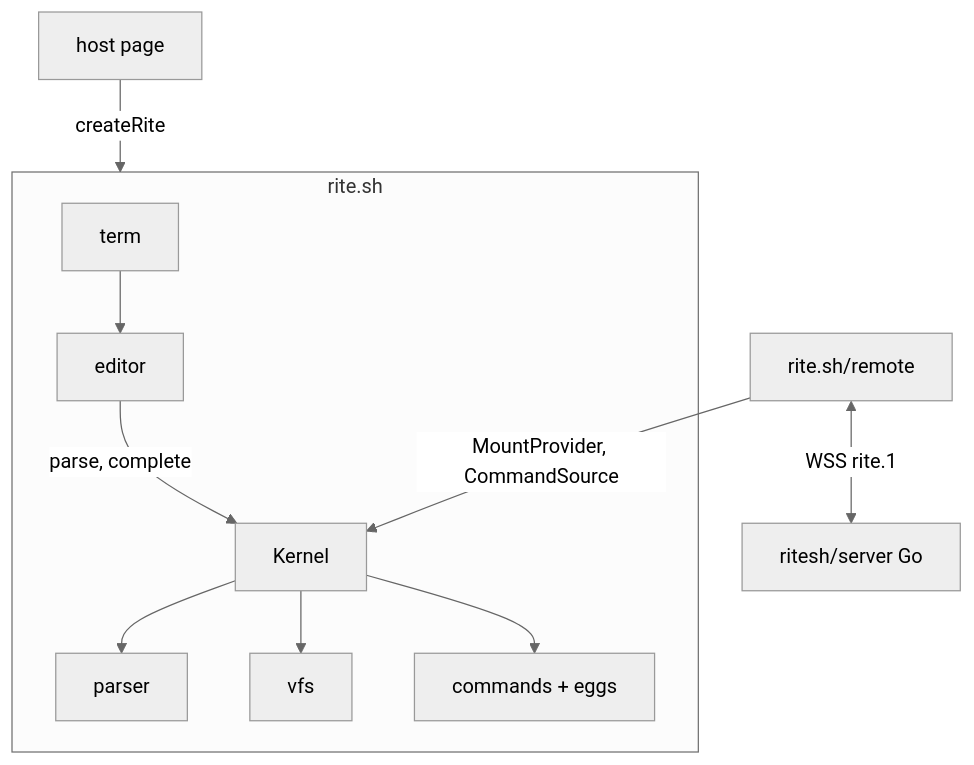
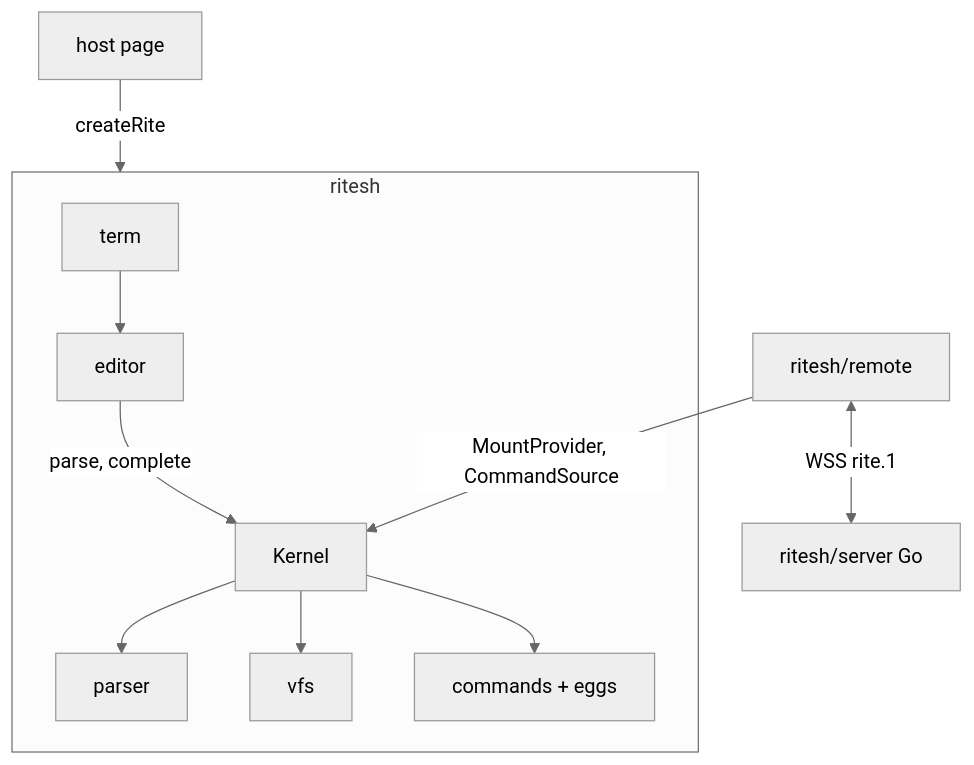
The diagram in docs/specs/2026-11-26-ritesh-design.md (jarrodb/ritesh), drawn with Mermaid (neutral theme) before and after one commit. The commit also changed other lines of this file, not shown here.

Commit message:
docs: ritesh as the npm name, transfer requested in phase 0

````diff
--- a/docs/specs/2026-11-26-ritesh-design.md
+++ b/docs/specs/2026-11-26-ritesh-design.md
@@ -20,13 +20,13 @@
 ```mermaid
 flowchart TB
   Host[host page] -->|createRite| Core
-  subgraph Core[rite.sh]
+  subgraph Core[ritesh]
     Term[term] --> Editor[editor]
     Editor -->|parse, complete| Kernel
     Kernel --> Parser[parser]
     Kernel --> VFS[vfs]
     Kernel --> Cmds[commands + eggs]
   end
-  Remote[rite.sh/remote] -->|MountProvider, CommandSource| Kernel
+  Remote[ritesh/remote] -->|MountProvider, CommandSource| Kernel
   Remote <-->|WSS rite.1| Server[ritesh/server Go]
 ```
````
